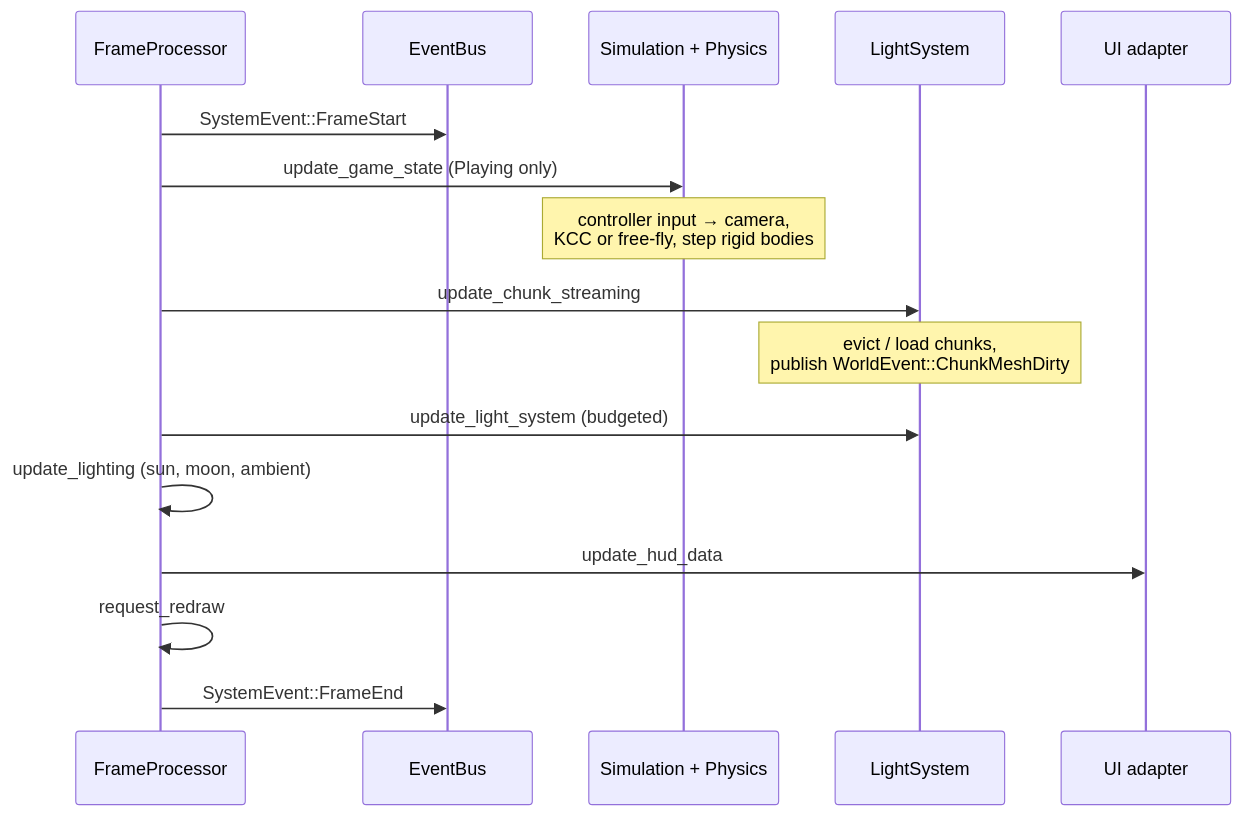
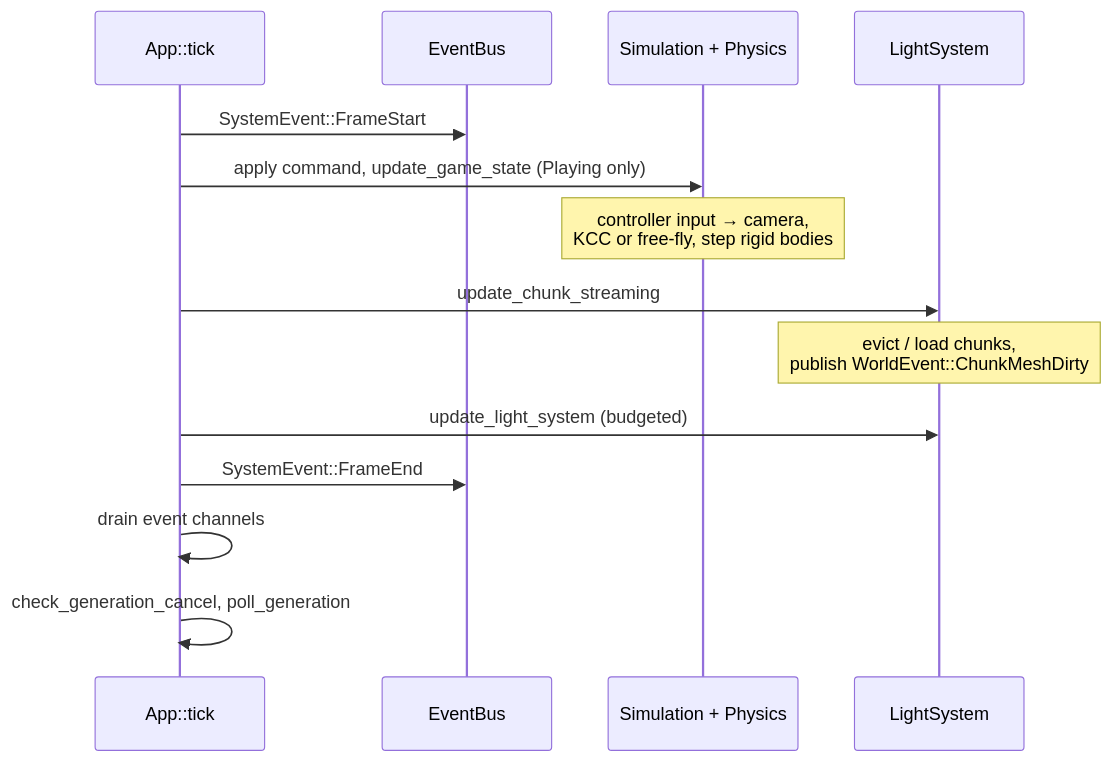
One commit to WrackedFella/moho changed the second of 2 diagrams in wiki/architecture/frame-loop.md. Above: the diagram before and after it, drawn with Mermaid. The commit also changed other lines of this file and 28 other files, not shown here.

First line of the commit message:
feat(app): ENG-F11-02, the strategy game runs on the engine's app loop (#240)

````diff
--- a/wiki/architecture/frame-loop.md
+++ b/wiki/architecture/frame-loop.md
@@ -33,18 +43,16 @@
 ```mermaid
 sequenceDiagram
-    participant FP as FrameProcessor
+    participant T as App::tick
     participant Bus as EventBus
     participant Sim as Simulation + Physics
     participant LS as LightSystem
-    participant UI as UI adapter
-    FP->>Bus: SystemEvent::FrameStart
-    FP->>Sim: update_game_state (Playing only)
+    T->>Bus: SystemEvent::FrameStart
+    T->>Sim: apply command, update_game_state (Playing only)
     Note over Sim: controller input → camera,<br/>KCC or free-fly, step rigid bodies
-    FP->>LS: update_chunk_streaming
+    T->>LS: update_chunk_streaming
     Note over LS: evict / load chunks,<br/>publish WorldEvent::ChunkMeshDirty
-    FP->>LS: update_light_system (budgeted)
-    FP->>FP: update_lighting (sun, moon, ambient)
-    FP->>UI: update_hud_data
-    FP->>FP: request_redraw
-    FP->>Bus: SystemEvent::FrameEnd
+    T->>LS: update_light_system (budgeted)
+    T->>Bus: SystemEvent::FrameEnd
+    T->>T: drain event channels
+    T->>T: check_generation_cancel, poll_generation
 ```
````
